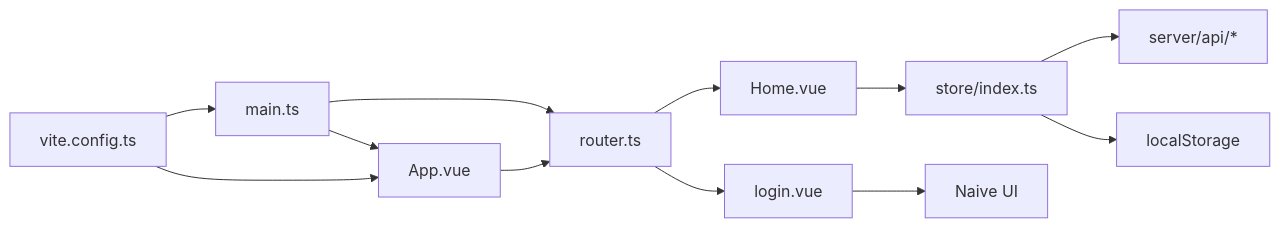
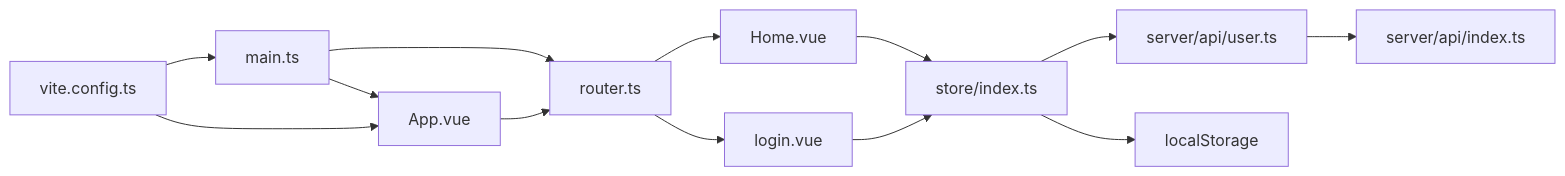
One commit to xinyo/startora changed the ninth of 9 diagrams in .qoder/repowiki/en/content/Frontend Application/Frontend Application.md. Above: the diagram before and after it, drawn with Mermaid. The commit also changed other lines of this file and 19 other files, not shown here.

````diff
--- a/.qoder/repowiki/en/content/Frontend Application/Frontend Application.md
+++ b/.qoder/repowiki/en/content/Frontend Application/Frontend Application.md
@@ -392,14 +446,15 @@
 ```mermaid
 graph LR
 MainTS["main.ts"] --> AppVue["App.vue"]
 MainTS --> RouterTS["router.ts"]
 AppVue --> RouterTS
 RouterTS --> HomeVue["Home.vue"]
 RouterTS --> LoginVue["login.vue"]
 HomeVue --> StoreIndex["store/index.ts"]
-LoginVue --> UI["Naive UI"]
-StoreIndex --> API["server/api/*"]
+LoginVue --> StoreIndex
+StoreIndex --> UserAPI["server/api/user.ts"]
 StoreIndex --> LocalStorage["localStorage"]
+UserAPI --> APIIndex["server/api/index.ts"]
 ViteCfg["vite.config.ts"] --> MainTS
 ViteCfg --> AppVue
 ```
````
